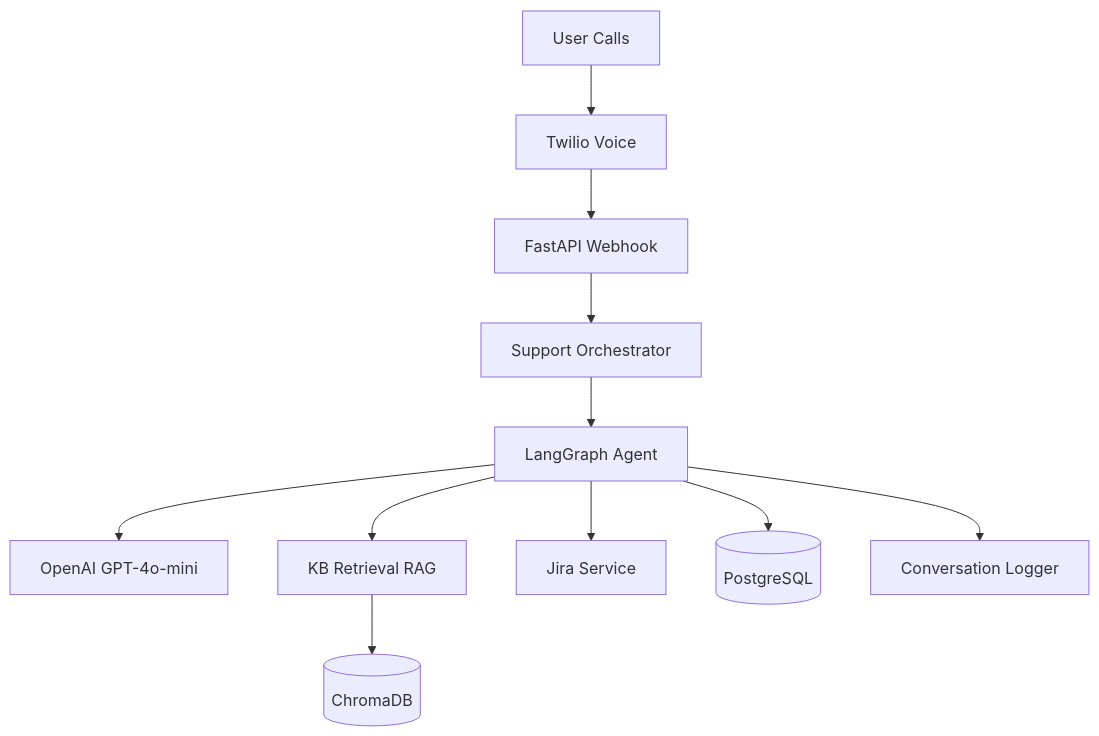
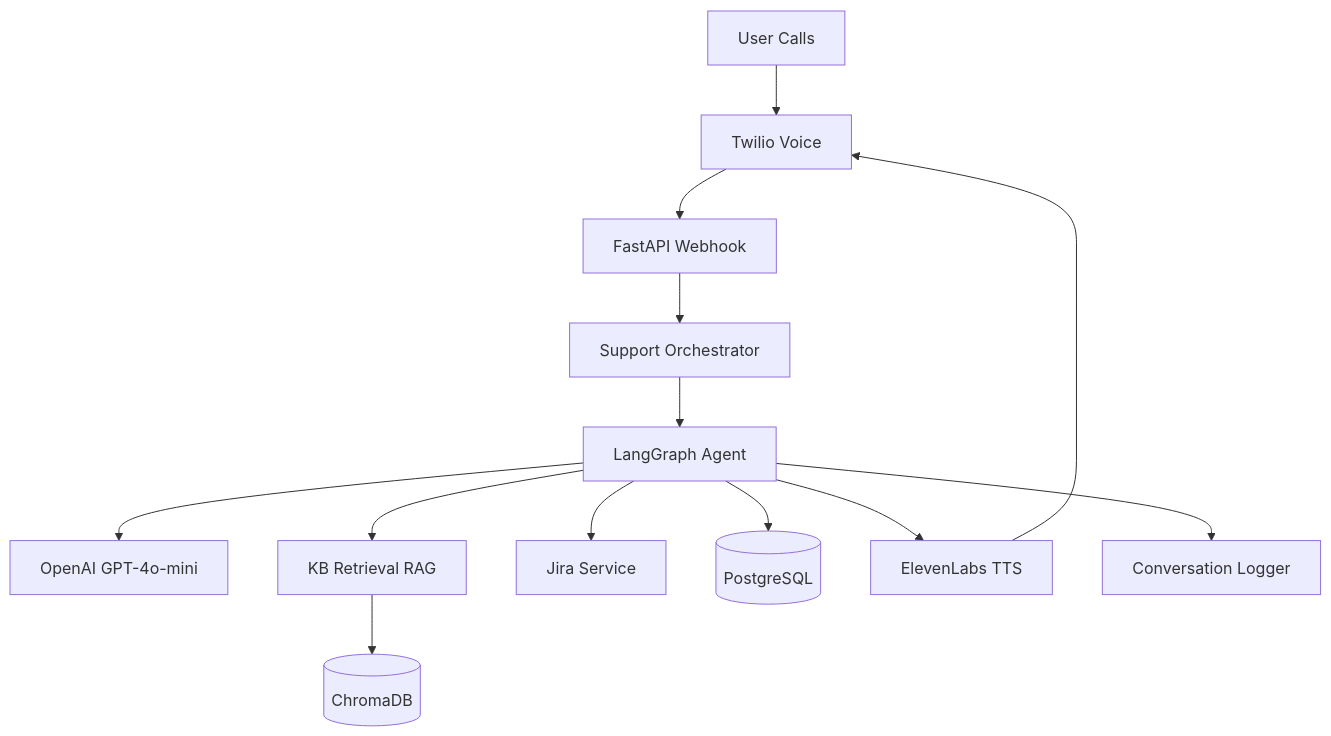
The first of 5 diagrams in docs/architecture.md (StephaneWamba/QualifyBot), drawn with Mermaid before and after one commit. The commit also changed other lines of this file and 1 other file, not shown here.

Commit message:
Add architecture diagram to README and include ElevenLabs TTS in diagrams

````diff
--- a/docs/architecture.md
+++ b/docs/architecture.md
@@ -7,13 +7,15 @@
 ```mermaid
 graph TB
     User[User Calls] --> Twilio[Twilio Voice]
     Twilio --> Webhook[FastAPI Webhook]
     Webhook --> Orchestrator[Support Orchestrator]
     Orchestrator --> Graph[LangGraph Agent]
     Graph --> LLM[OpenAI GPT-4o-mini]
     Graph --> KB[KB Retrieval RAG]
     Graph --> Jira[Jira Service]
     Graph --> DB[(PostgreSQL)]
+    Graph --> TTS[ElevenLabs TTS]
     KB --> ChromaDB[(ChromaDB)]
     Graph --> Logger[Conversation Logger]
+    TTS --> Twilio
 ```
````
